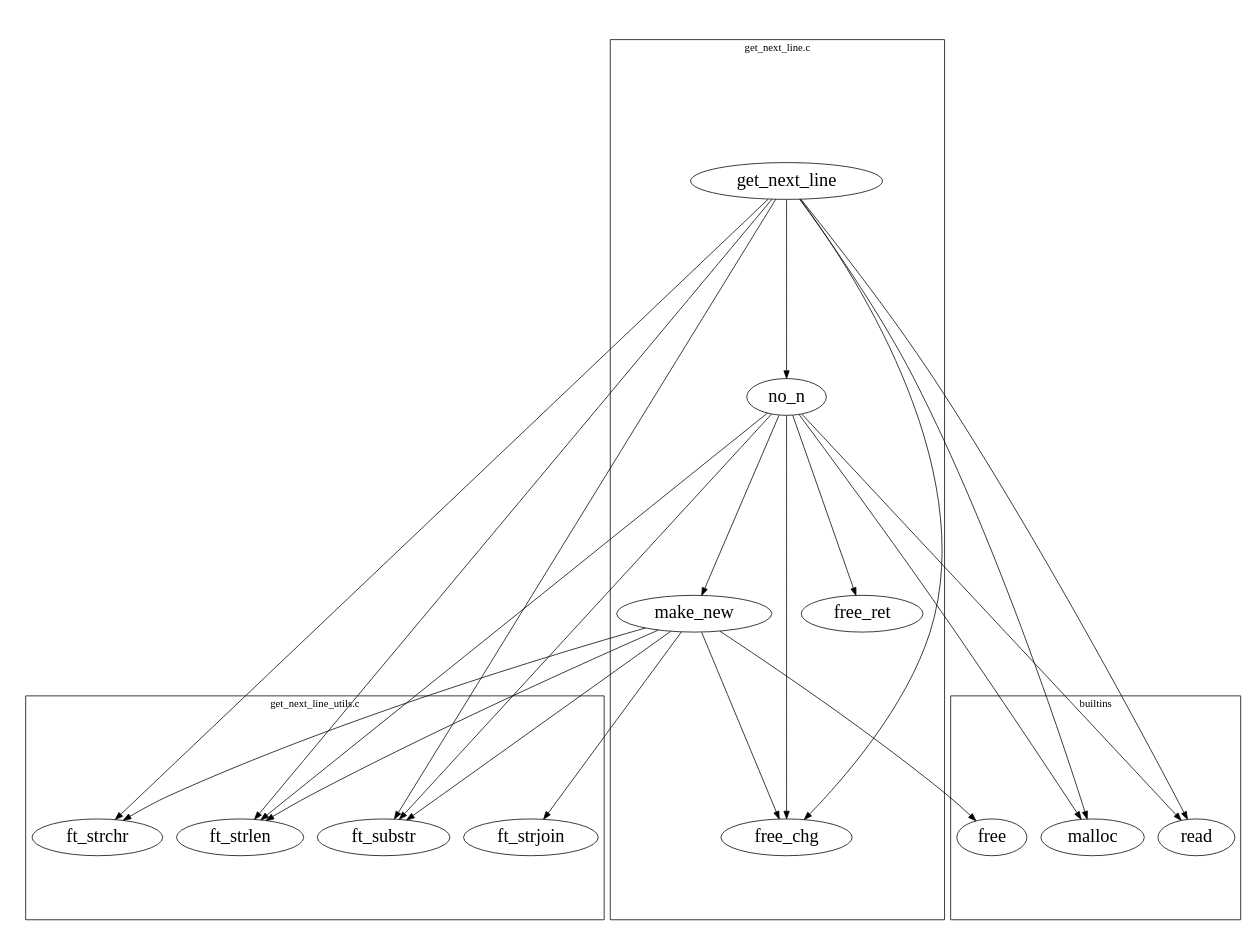
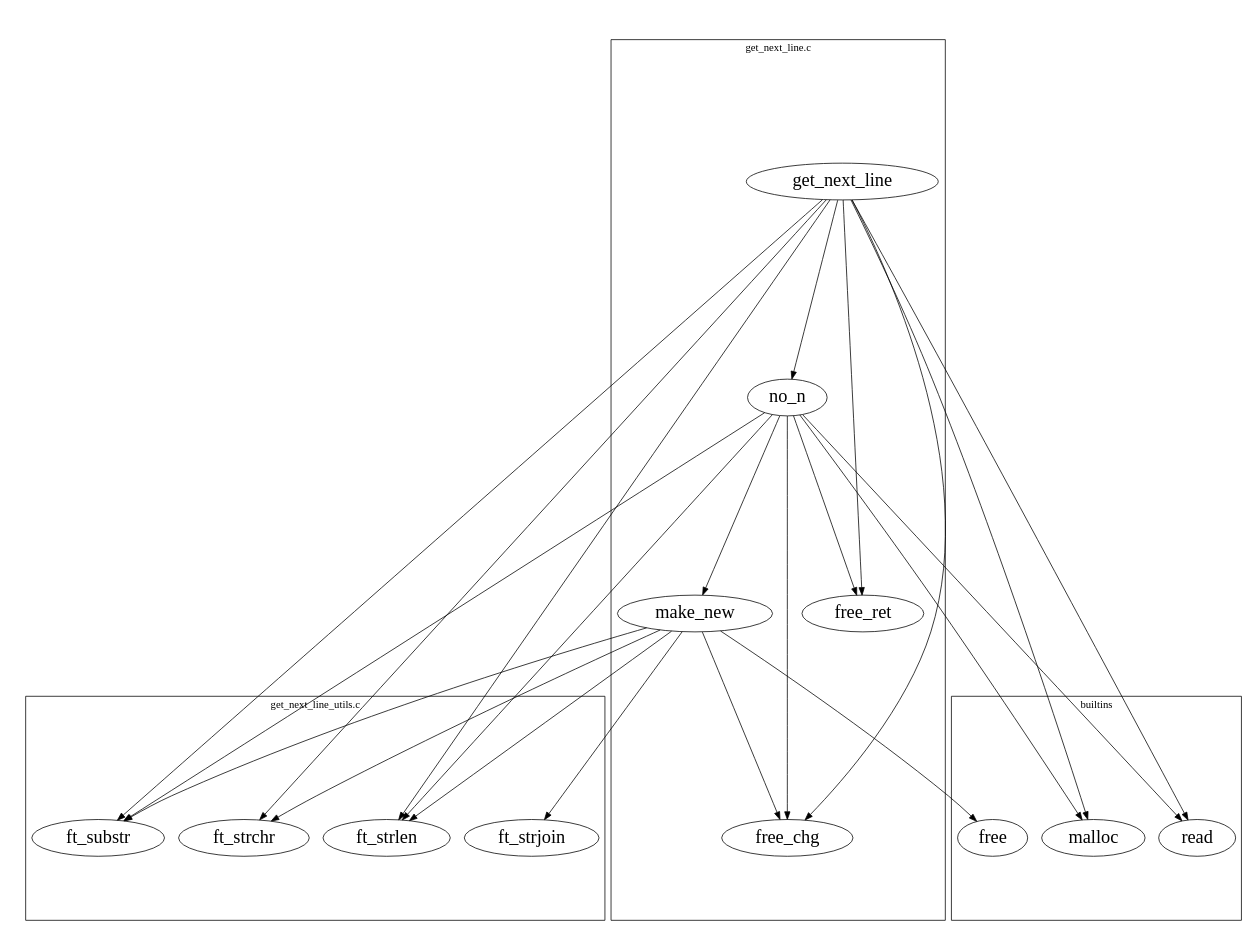
One commit to Grubben/get_next_line changed the diagram in plan.dot. Above: the diagram before and after it, drawn with Graphviz. The commit also changed 1 other file, not shown here.

```diff
--- a/plan.dot
+++ b/plan.dot
@@ -1,21 +1,21 @@
 digraph G {
 	size="8,6"; ratio=fill; node[fontsize=24];
 
 	get_next_line->malloc; get_next_line->read; get_next_line->ft_strchr;
 	get_next_line->no_n; get_next_line->ft_substr; get_next_line->ft_strlen;
-	get_next_line->free_chg
+	get_next_line->free_chg; get_next_line->free_ret;
 
 	no_n->malloc; no_n->read; no_n->free_ret; no_n->ft_substr; no_n->ft_strlen;
 	no_n->free_chg; no_n->make_new;
 
 	make_new->ft_strchr; make_new->ft_substr; make_new->ft_strjoin; make_new->free_chg;
 	make_new->ft_strlen; make_new->free;
 
 	subgraph "cluster_get_next_line" { label="get_next_line.c"; free_ret; free_chg;
 										make_new; no_n; get_next_line; }
 	
 	subgraph "cluster_get_next_line_utils" { label="get_next_line_utils.c" ft_strlen; ft_strchr;
 											ft_substr; ft_strjoin;  }
 	
 	subgraph "cluster_builtins" { label="builtins" malloc; read; free; }
 }
```
